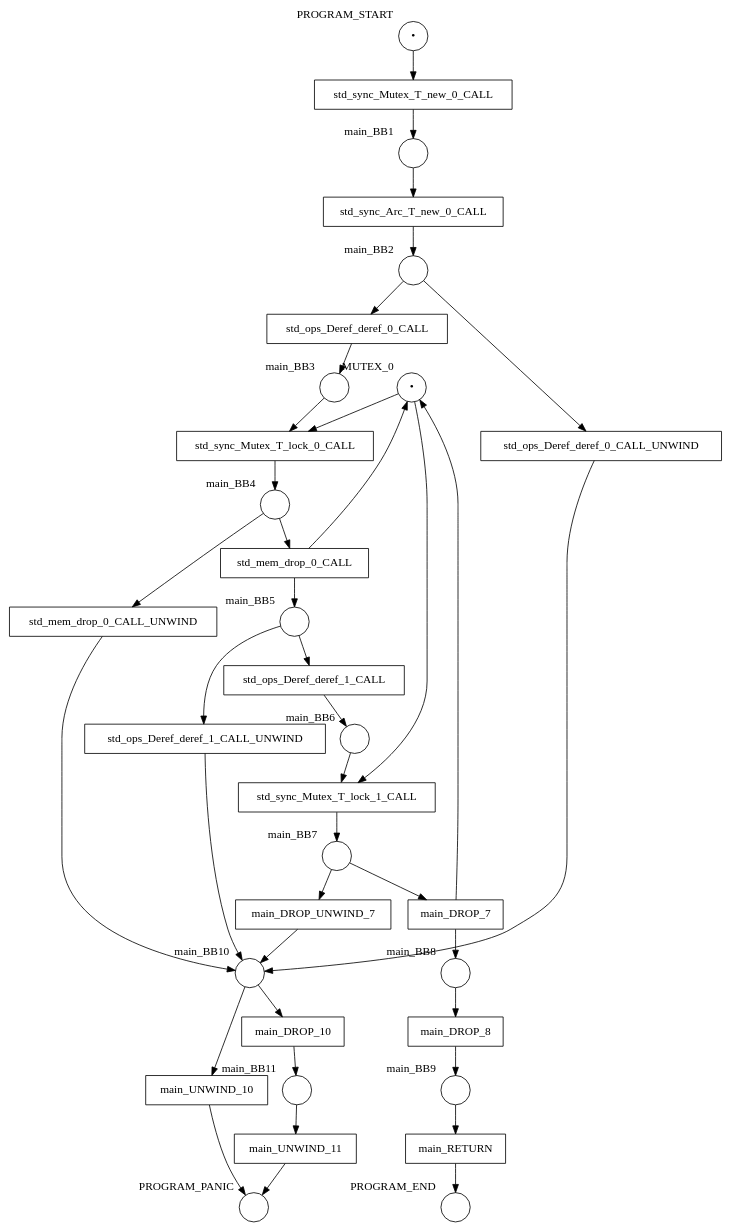
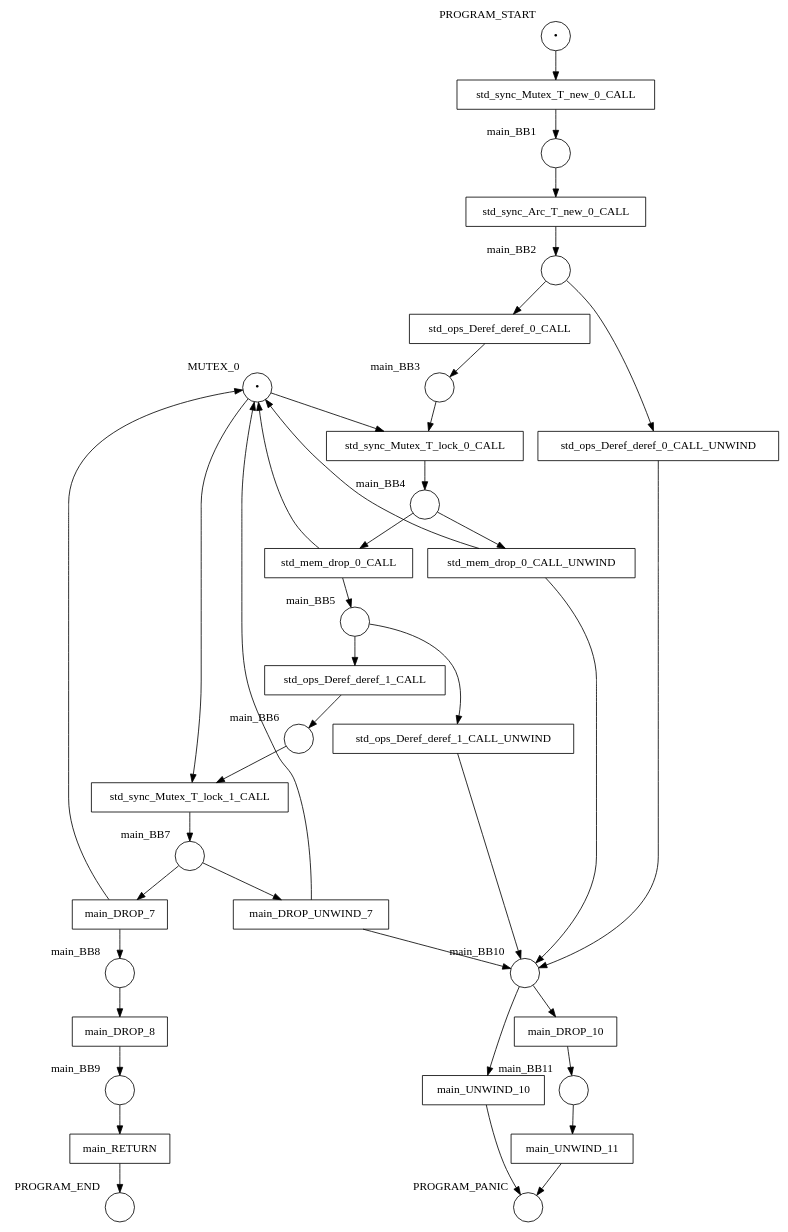
The diagram in examples/results/mutex/drop_mutex_guard_in_arc_manually/net.dot (hlisdero/cargo-check-deadlock), drawn with Graphviz before and after one commit. The commit also changed 28 other files, not shown here.

First line of the commit message:
Handle the lock guard in the unwind transition of a drop terminator.

```diff
--- a/examples/results/mutex/drop_mutex_guard_in_arc_manually/net.dot
+++ b/examples/results/mutex/drop_mutex_guard_in_arc_manually/net.dot
@@ -1,72 +1,74 @@
 digraph petrinet {
     MUTEX_0 [shape="circle" xlabel="MUTEX_0" label="•"];
     PROGRAM_END [shape="circle" xlabel="PROGRAM_END" label=""];
     PROGRAM_PANIC [shape="circle" xlabel="PROGRAM_PANIC" label=""];
     PROGRAM_START [shape="circle" xlabel="PROGRAM_START" label="•"];
     main_BB1 [shape="circle" xlabel="main_BB1" label=""];
     main_BB10 [shape="circle" xlabel="main_BB10" label=""];
     main_BB11 [shape="circle" xlabel="main_BB11" label=""];
     main_BB2 [shape="circle" xlabel="main_BB2" label=""];
     main_BB3 [shape="circle" xlabel="main_BB3" label=""];
     main_BB4 [shape="circle" xlabel="main_BB4" label=""];
     main_BB5 [shape="circle" xlabel="main_BB5" label=""];
     main_BB6 [shape="circle" xlabel="main_BB6" label=""];
     main_BB7 [shape="circle" xlabel="main_BB7" label=""];
     main_BB8 [shape="circle" xlabel="main_BB8" label=""];
     main_BB9 [shape="circle" xlabel="main_BB9" label=""];
     main_DROP_10 [shape="box" xlabel="" label="main_DROP_10"];
     main_DROP_7 [shape="box" xlabel="" label="main_DROP_7"];
     main_DROP_8 [shape="box" xlabel="" label="main_DROP_8"];
     main_DROP_UNWIND_7 [shape="box" xlabel="" label="main_DROP_UNWIND_7"];
     main_RETURN [shape="box" xlabel="" label="main_RETURN"];
     main_UNWIND_10 [shape="box" xlabel="" label="main_UNWIND_10"];
     main_UNWIND_11 [shape="box" xlabel="" label="main_UNWIND_11"];
     std_mem_drop_0_CALL [shape="box" xlabel="" label="std_mem_drop_0_CALL"];
     std_mem_drop_0_CALL_UNWIND [shape="box" xlabel="" label="std_mem_drop_0_CALL_UNWIND"];
     std_ops_Deref_deref_0_CALL [shape="box" xlabel="" label="std_ops_Deref_deref_0_CALL"];
     std_ops_Deref_deref_0_CALL_UNWIND [shape="box" xlabel="" label="std_ops_Deref_deref_0_CALL_UNWIND"];
     std_ops_Deref_deref_1_CALL [shape="box" xlabel="" label="std_ops_Deref_deref_1_CALL"];
     std_ops_Deref_deref_1_CALL_UNWIND [shape="box" xlabel="" label="std_ops_Deref_deref_1_CALL_UNWIND"];
     std_sync_Arc_T_new_0_CALL [shape="box" xlabel="" label="std_sync_Arc_T_new_0_CALL"];
     std_sync_Mutex_T_lock_0_CALL [shape="box" xlabel="" label="std_sync_Mutex_T_lock_0_CALL"];
     std_sync_Mutex_T_lock_1_CALL [shape="box" xlabel="" label="std_sync_Mutex_T_lock_1_CALL"];
     std_sync_Mutex_T_new_0_CALL [shape="box" xlabel="" label="std_sync_Mutex_T_new_0_CALL"];
     MUTEX_0 -> std_sync_Mutex_T_lock_0_CALL;
     MUTEX_0 -> std_sync_Mutex_T_lock_1_CALL;
     PROGRAM_START -> std_sync_Mutex_T_new_0_CALL;
     main_BB1 -> std_sync_Arc_T_new_0_CALL;
     main_BB10 -> main_DROP_10;
     main_BB10 -> main_UNWIND_10;
     main_BB11 -> main_UNWIND_11;
     main_BB2 -> std_ops_Deref_deref_0_CALL;
     main_BB2 -> std_ops_Deref_deref_0_CALL_UNWIND;
     main_BB3 -> std_sync_Mutex_T_lock_0_CALL;
     main_BB4 -> std_mem_drop_0_CALL;
     main_BB4 -> std_mem_drop_0_CALL_UNWIND;
     main_BB5 -> std_ops_Deref_deref_1_CALL;
     main_BB5 -> std_ops_Deref_deref_1_CALL_UNWIND;
     main_BB6 -> std_sync_Mutex_T_lock_1_CALL;
     main_BB7 -> main_DROP_7;
     main_BB7 -> main_DROP_UNWIND_7;
     main_BB8 -> main_DROP_8;
     main_BB9 -> main_RETURN;
     main_DROP_10 -> main_BB11;
     main_DROP_7 -> MUTEX_0;
     main_DROP_7 -> main_BB8;
     main_DROP_8 -> main_BB9;
+    main_DROP_UNWIND_7 -> MUTEX_0;
     main_DROP_UNWIND_7 -> main_BB10;
     main_RETURN -> PROGRAM_END;
     main_UNWIND_10 -> PROGRAM_PANIC;
     main_UNWIND_11 -> PROGRAM_PANIC;
     std_mem_drop_0_CALL -> MUTEX_0;
     std_mem_drop_0_CALL -> main_BB5;
+    std_mem_drop_0_CALL_UNWIND -> MUTEX_0;
     std_mem_drop_0_CALL_UNWIND -> main_BB10;
     std_ops_Deref_deref_0_CALL -> main_BB3;
     std_ops_Deref_deref_0_CALL_UNWIND -> main_BB10;
     std_ops_Deref_deref_1_CALL -> main_BB6;
     std_ops_Deref_deref_1_CALL_UNWIND -> main_BB10;
     std_sync_Arc_T_new_0_CALL -> main_BB2;
     std_sync_Mutex_T_lock_0_CALL -> main_BB4;
     std_sync_Mutex_T_lock_1_CALL -> main_BB7;
     std_sync_Mutex_T_new_0_CALL -> main_BB1;
 }
```
